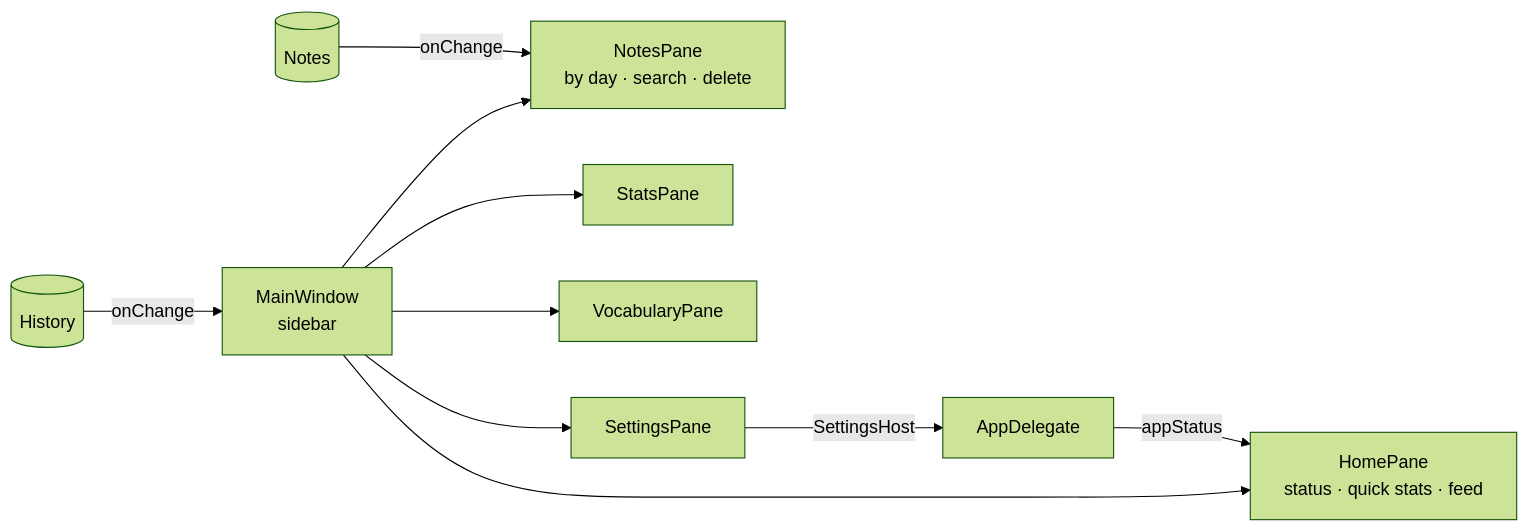
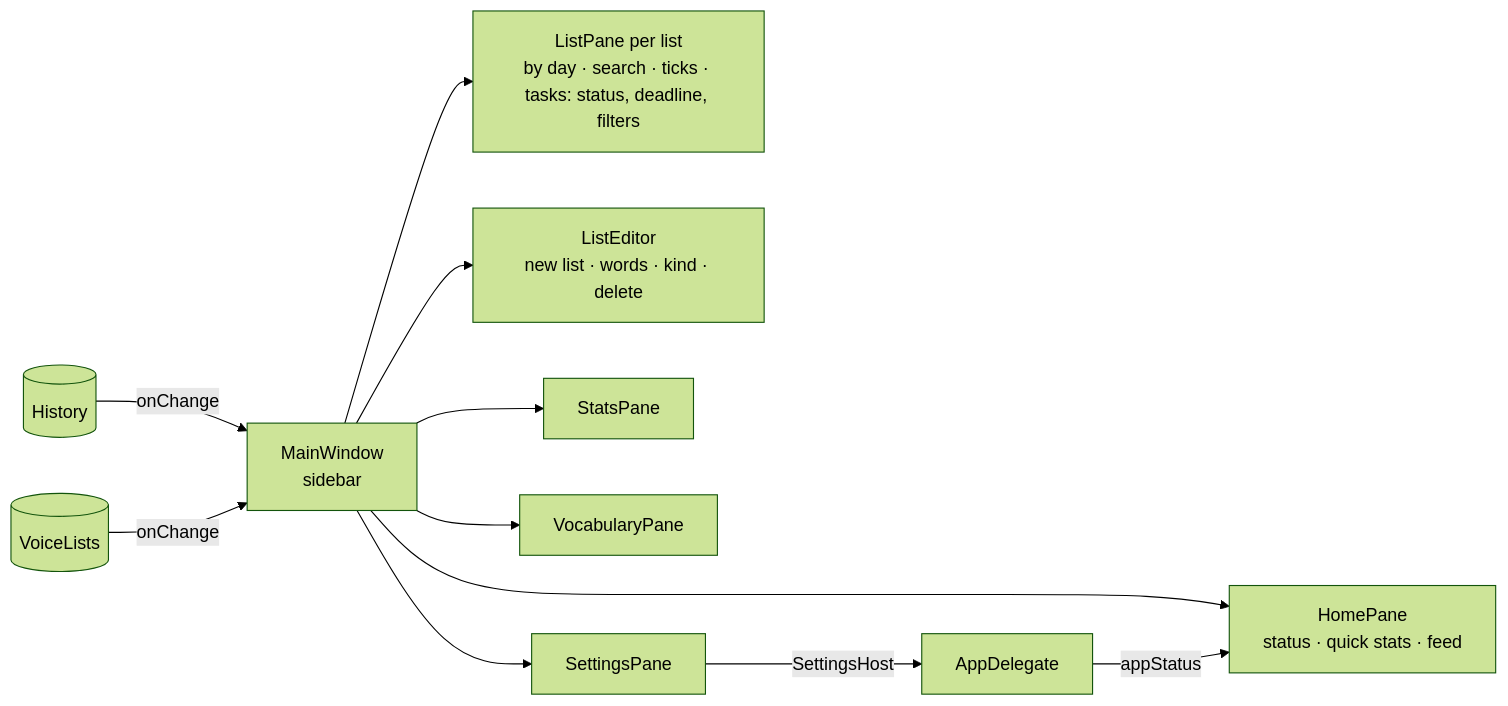
Before and after one commit to Malashkin/JustTellMe: the second of 3 diagrams in docs/architecture/overview.md, drawn with Mermaid (forest theme). The commit also changed other lines of this file and 17 other files, not shown here.

First line of the commit message:
feat: configurable voice lists with notes and tasks

````diff
--- a/docs/architecture/overview.md
+++ b/docs/architecture/overview.md
@@ -86,12 +87,13 @@
 ```mermaid
 flowchart LR
     MW[MainWindow<br/>sidebar] --> H[HomePane<br/>status · quick stats · feed]
-    MW --> N[NotesPane<br/>by day · search · delete]
+    MW --> N[ListPane per list<br/>by day · search · ticks · tasks: status, deadline, filters]
+    MW --> LE[ListEditor<br/>new list · words · kind · delete]
     MW --> ST[StatsPane]
     MW --> V[VocabularyPane]
     MW --> SE[SettingsPane]
     SE -- SettingsHost --> AD[AppDelegate]
     HI[(History)] -- onChange --> MW
-    NO[(Notes)] -- onChange --> N
+    NO[(VoiceLists)] -- onChange --> MW
     AD -- appStatus --> H
 ```
````
